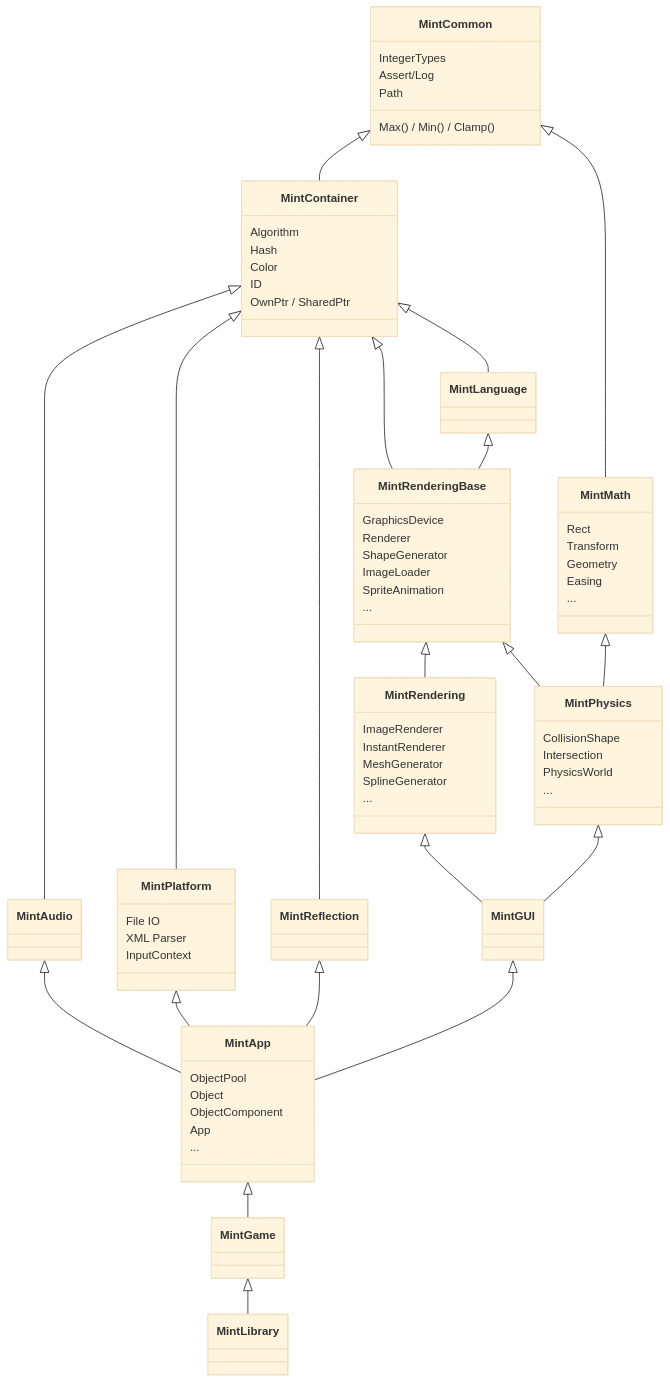
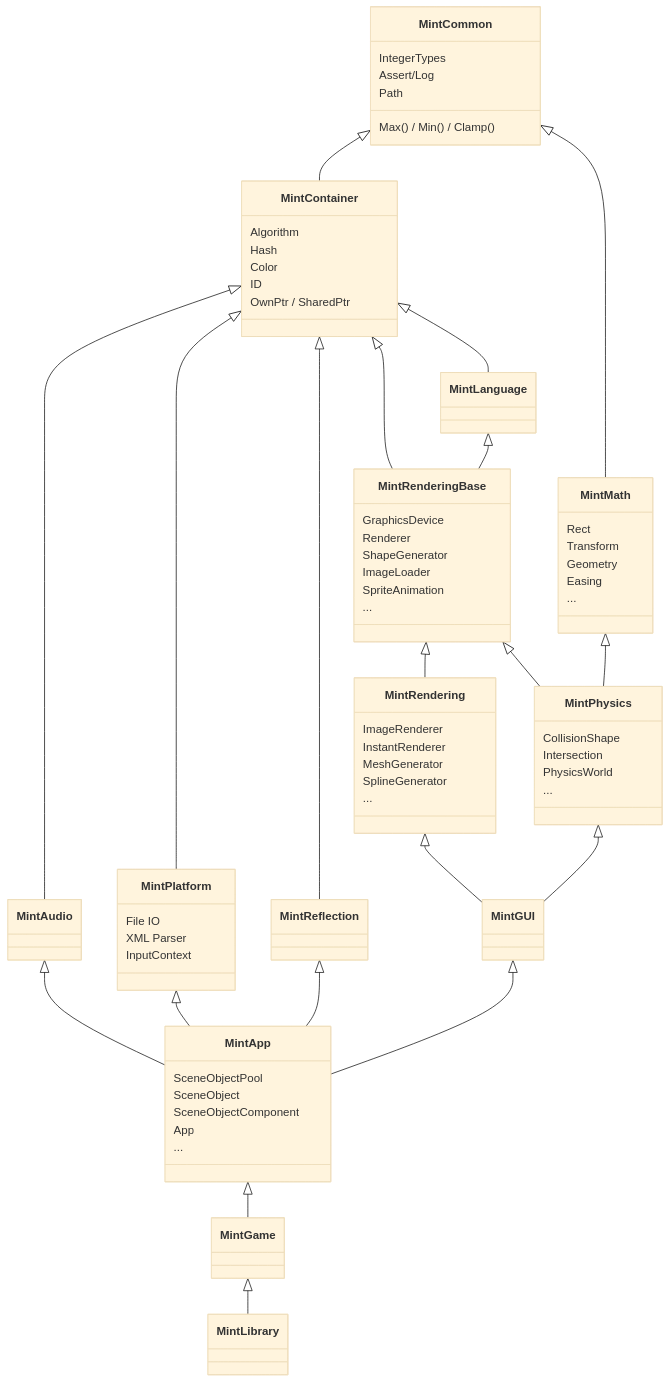
Before and after one commit to principal6/MintLibrary: the diagram in MintCommon/LibraryStructure.md, drawn with Mermaid (base theme). The commit also changed 27 other files, not shown here.

Commit message:
renamed mint::Object => mint::SceneObject

```diff
--- a/MintCommon/LibraryStructure.md
+++ b/MintCommon/LibraryStructure.md
@@ -76,9 +76,9 @@
         ...
     }
     class MintApp{
-        ObjectPool
-        Object
-        ObjectComponent
+        SceneObjectPool
+        SceneObject
+        SceneObjectComponent
         App
         ...
     }
```
